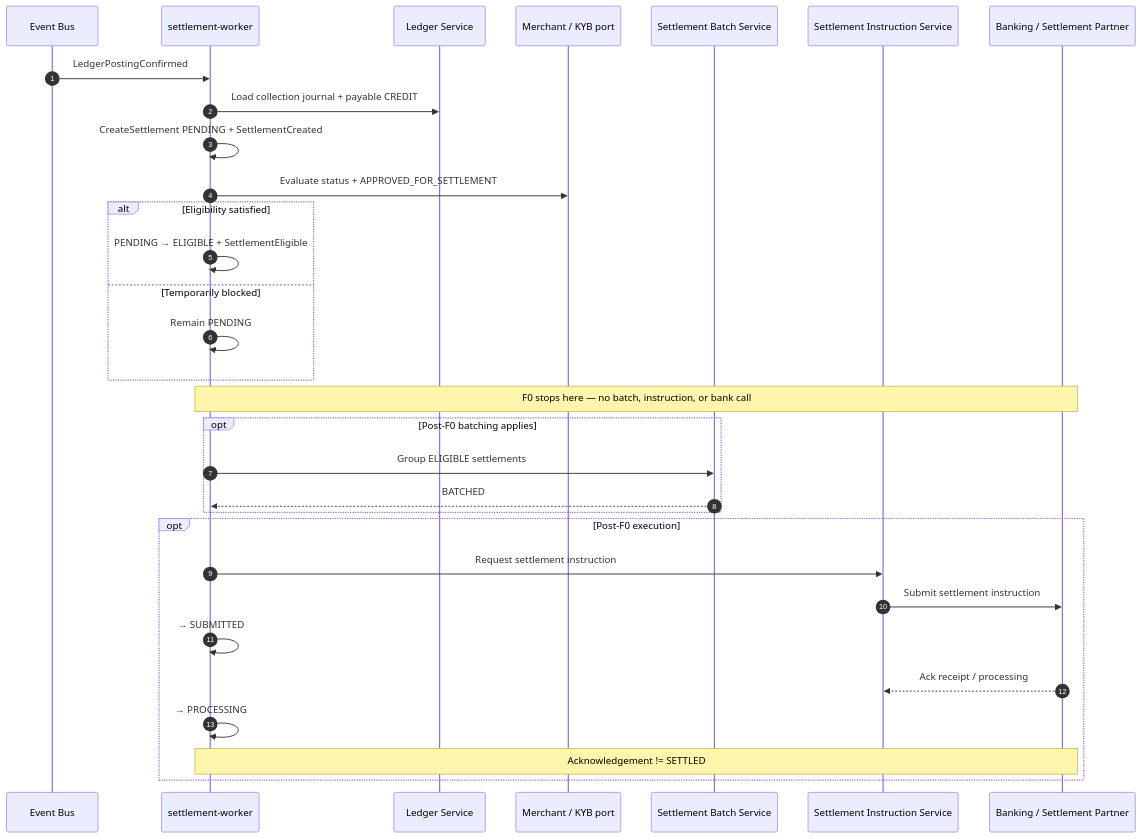
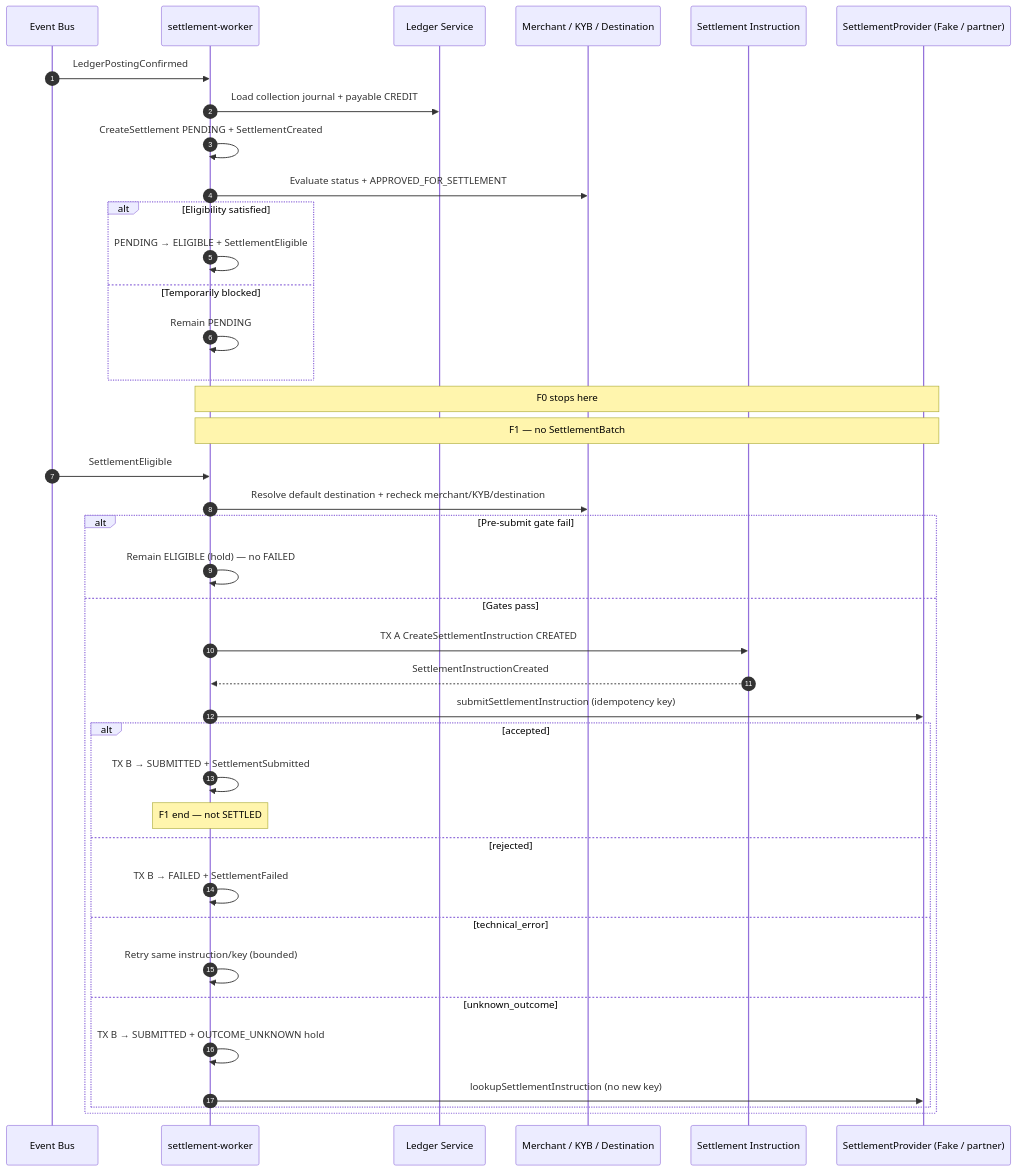
The diagram in docs/design/money/merchant-settlement.md (MR0808/sparelane-architecture), drawn with Mermaid before and after one commit. The commit also changed other lines of this file and 36 other files, not shown here.

Commit message:
Accept ADR-028 settlement execution and instruction policy

````diff
--- a/docs/design/money/merchant-settlement.md
+++ b/docs/design/money/merchant-settlement.md
@@ -42,37 +43,44 @@
 ```mermaid
 sequenceDiagram
     autonumber
     participant Bus as Event Bus
     participant SW as settlement-worker
     participant Led as Ledger Service
-    participant Mer as Merchant / KYB port
-    participant Batch as Settlement Batch Service
-    participant Inst as Settlement Instruction Service
-    participant Bank as Banking / Settlement Partner
+    participant Mer as Merchant / KYB / Destination
+    participant Inst as Settlement Instruction
+    participant Bank as SettlementProvider (Fake / partner)
 
     Bus->>SW: LedgerPostingConfirmed
     SW->>Led: Load collection journal + payable CREDIT
     SW->>SW: CreateSettlement PENDING + SettlementCreated
     SW->>Mer: Evaluate status + APPROVED_FOR_SETTLEMENT
     alt Eligibility satisfied
         SW->>SW: PENDING → ELIGIBLE + SettlementEligible
     else Temporarily blocked
         SW->>SW: Remain PENDING
     end
 
-    Note over SW,Bank: F0 stops here — no batch, instruction, or bank call
+    Note over SW,Bank: F0 stops here
 
-    opt Post-F0 batching applies
-        SW->>Batch: Group ELIGIBLE settlements
-        Batch-->>SW: BATCHED
-    end
-
-    opt Post-F0 execution
-        SW->>Inst: Request settlement instruction
-        Inst->>Bank: Submit settlement instruction
-        SW->>SW: → SUBMITTED
-        Bank-->>Inst: Ack receipt / processing
-        SW->>SW: → PROCESSING
-        Note over SW,Bank: Acknowledgement != SETTLED
+    Note over SW,Bank: F1 — no SettlementBatch
+    Bus->>SW: SettlementEligible
+    SW->>Mer: Resolve default destination + recheck merchant/KYB/destination
+    alt Pre-submit gate fail
+        SW->>SW: Remain ELIGIBLE (hold) — no FAILED
+    else Gates pass
+        SW->>Inst: TX A CreateSettlementInstruction CREATED
+        Inst-->>SW: SettlementInstructionCreated
+        SW->>Bank: submitSettlementInstruction (idempotency key)
+        alt accepted
+            SW->>SW: TX B → SUBMITTED + SettlementSubmitted
+            Note over SW: F1 end — not SETTLED
+        else rejected
+            SW->>SW: TX B → FAILED + SettlementFailed
+        else technical_error
+            SW->>SW: Retry same instruction/key (bounded)
+        else unknown_outcome
+            SW->>SW: TX B → SUBMITTED + OUTCOME_UNKNOWN hold
+            SW->>Bank: lookupSettlementInstruction (no new key)
+        end
     end
 ```
````
